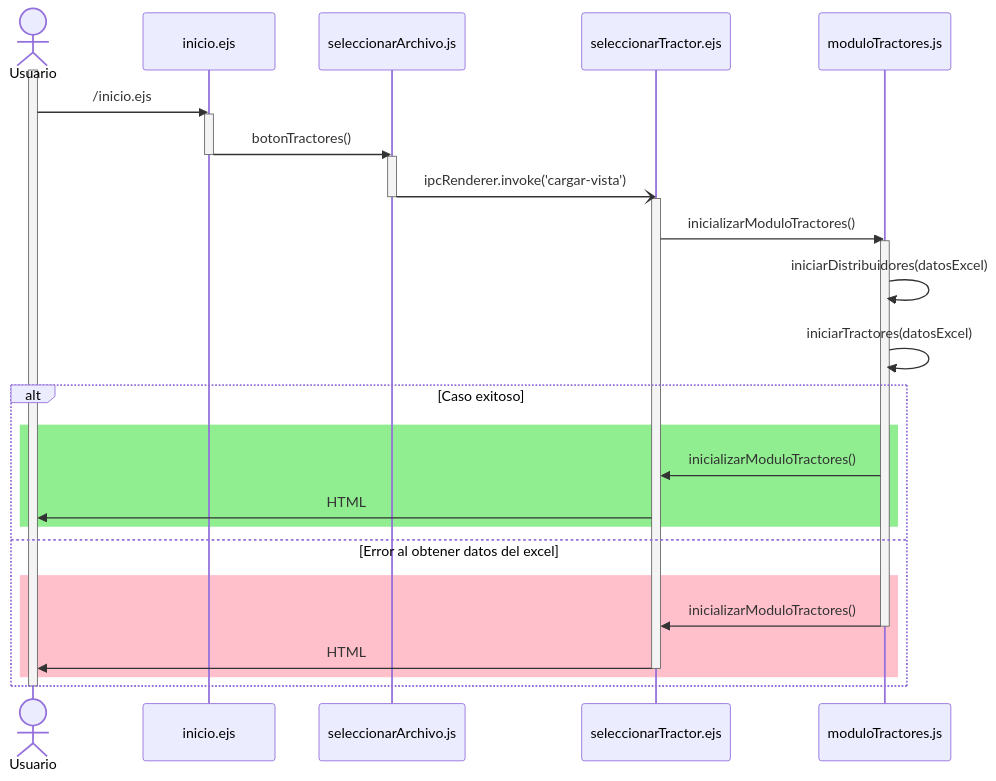
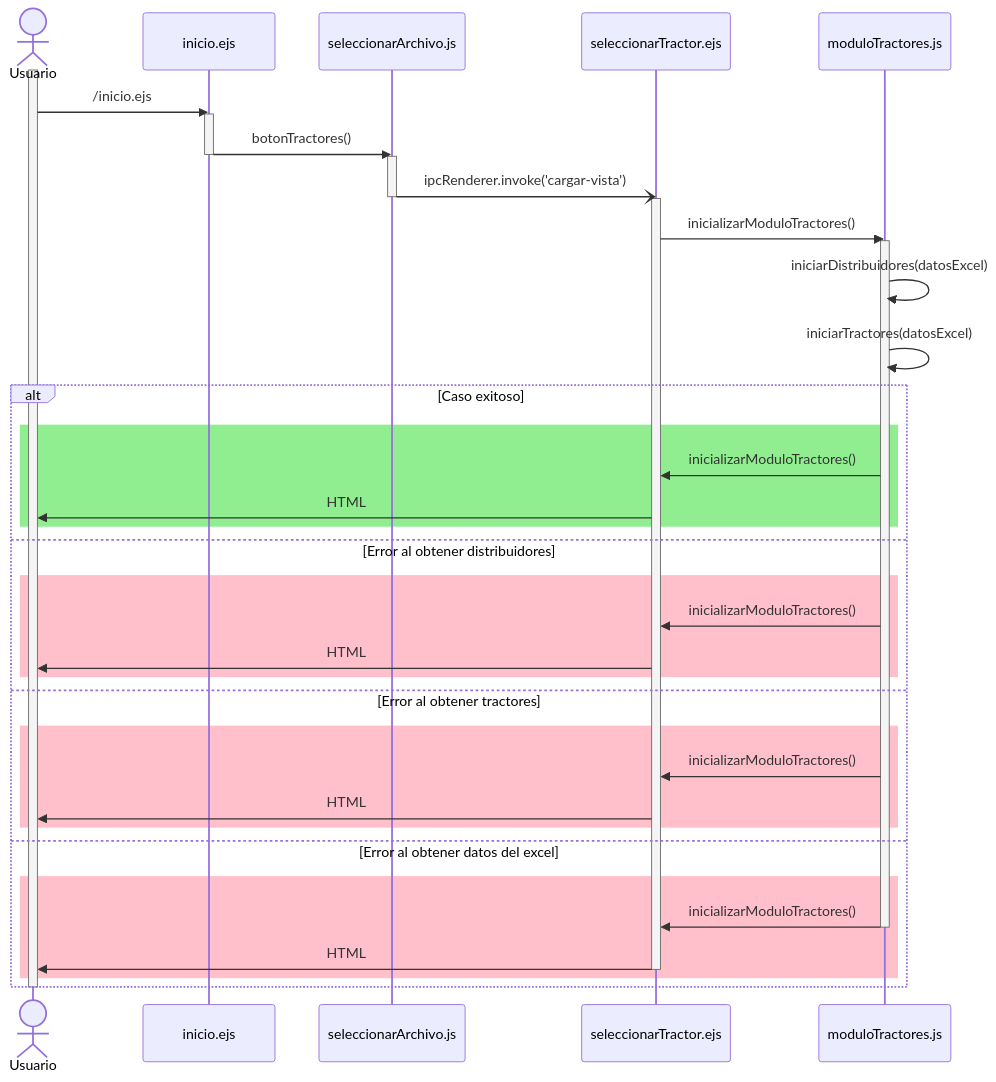
Before and after one commit to CodeAnd-Co/Documentacion: the diagram in documentation/docs/proyectos/tractores/documentacion/requisitos/RF13.md, drawn with Mermaid. The commit also changed other lines of this file, not shown here.

Commit message:
Corregir diseño RF13

````diff
--- a/documentation/docs/proyectos/tractores/documentacion/requisitos/RF13.md
+++ b/documentation/docs/proyectos/tractores/documentacion/requisitos/RF13.md
@@ -28,37 +28,47 @@
 ```mermaid
 sequenceDiagram
     actor Usuario
     participant vistaInicio as inicio.ejs
     participant seleccionarArchivo as seleccionarArchivo.js
     participant vistaTractores as seleccionarTractor.ejs
     participant moduloTractores as moduloTractores.js
 
     activate Usuario
     Usuario->>vistaInicio: /inicio.ejs
     activate vistaInicio
     vistaInicio->>seleccionarArchivo: botonTractores()
     deactivate vistaInicio
     activate seleccionarArchivo
     seleccionarArchivo-)vistaTractores: ipcRenderer.invoke('cargar-vista');
     deactivate seleccionarArchivo
     activate vistaTractores
     vistaTractores->>moduloTractores: inicializarModuloTractores()
     activate moduloTractores
     moduloTractores->>moduloTractores: iniciarDistribuidores(datosExcel)
     moduloTractores->>moduloTractores: iniciarTractores(datosExcel)
     alt Caso exitoso
       rect Lightgreen
       moduloTractores->>vistaTractores: inicializarModuloTractores()
       vistaTractores->>Usuario: HTML
       end
+    else Error al obtener distribuidores
+      rect Pink
+      moduloTractores->>vistaTractores: inicializarModuloTractores()
+      vistaTractores->>Usuario: HTML
+      end
+    else Error al obtener tractores
+      rect Pink
+      moduloTractores->>vistaTractores: inicializarModuloTractores()
+      vistaTractores->>Usuario: HTML
+      end
     else Error al obtener datos del excel
       rect Pink
       moduloTractores->>vistaTractores: inicializarModuloTractores()
       deactivate moduloTractores
       vistaTractores->>Usuario: HTML
       deactivate vistaTractores
       end
     end 
     deactivate Usuario
 
 ```
````
